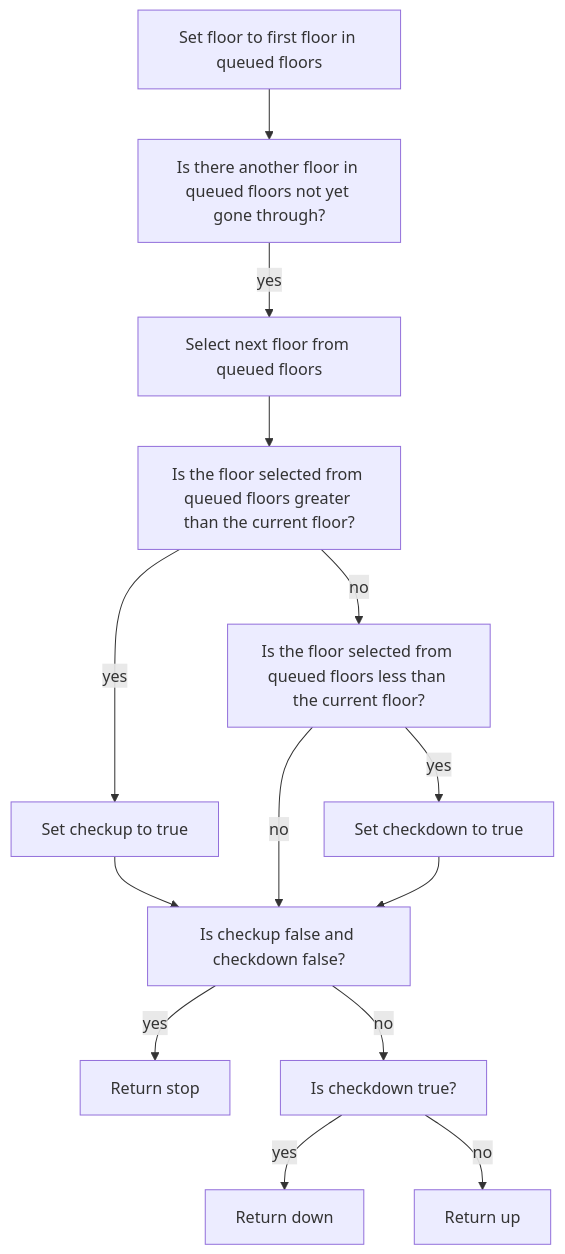
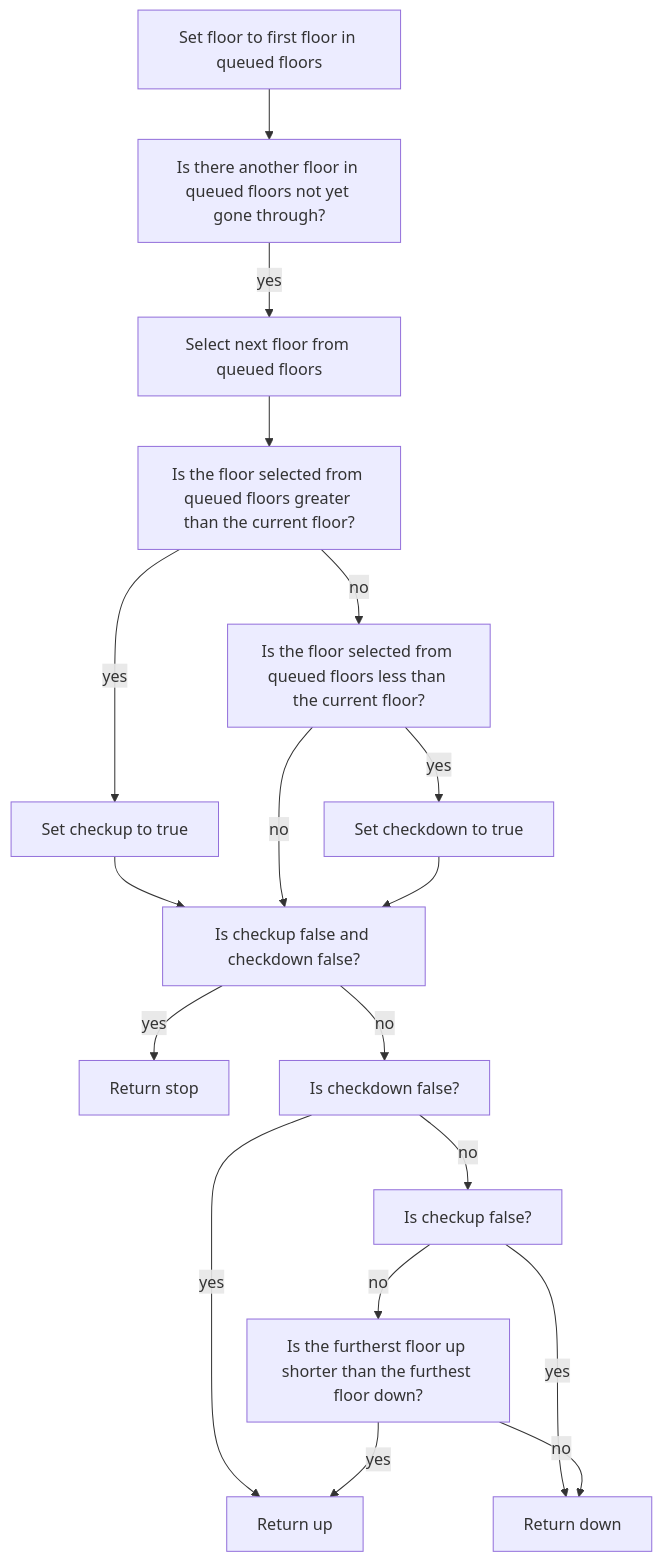
One commit to tgn203/lift-project changed the diagram in flowcharts/ed-code/pathing.mermaid. Above: the diagram before and after it, drawn with Mermaid. The commit also changed 3 other files, not shown here.

Commit message:
more charts

```diff
--- a/flowcharts/ed-code/pathing.mermaid
+++ b/flowcharts/ed-code/pathing.mermaid
@@ -1,26 +1,32 @@
 flowchart TD
     A["Set floor to first floor in queued floors"]
     B["Is there another floor in queued floors not yet gone through?"]
     L["Select next floor from queued floors"]
     C["Is the floor selected from queued floors greater than the current floor?"]
     D["Set checkup to true"]
     E["Is the floor selected from queued floors less than the current floor?"]
     F["Set checkdown to true"]
     G["Is checkup false and checkdown false?"]
     H["Return stop"]
-    I["Is checkdown true?"]
+    I["Is checkdown false?"]
     J["Return down"]
     K["Return up"]
+    M["Is checkup false?"]
+    N["Is the furtherst floor up shorter than the furthest floor down?"]
     A --> B
     B -->|yes| L
     L --> C
     C -->|yes| D
     C -->|no| E
     E -->|yes| F
     D --> G
     E -->|no| G
     F --> G
     G -->|yes| H
     G -->|no| I
-    I -->|yes| J
-    I -->|no| K
+    I -->|yes| K
+    I -->|no| M
+    M -->|yes| J
+    M -->|no| N
+    N -->|yes| K
+    N -->|no| J
```
